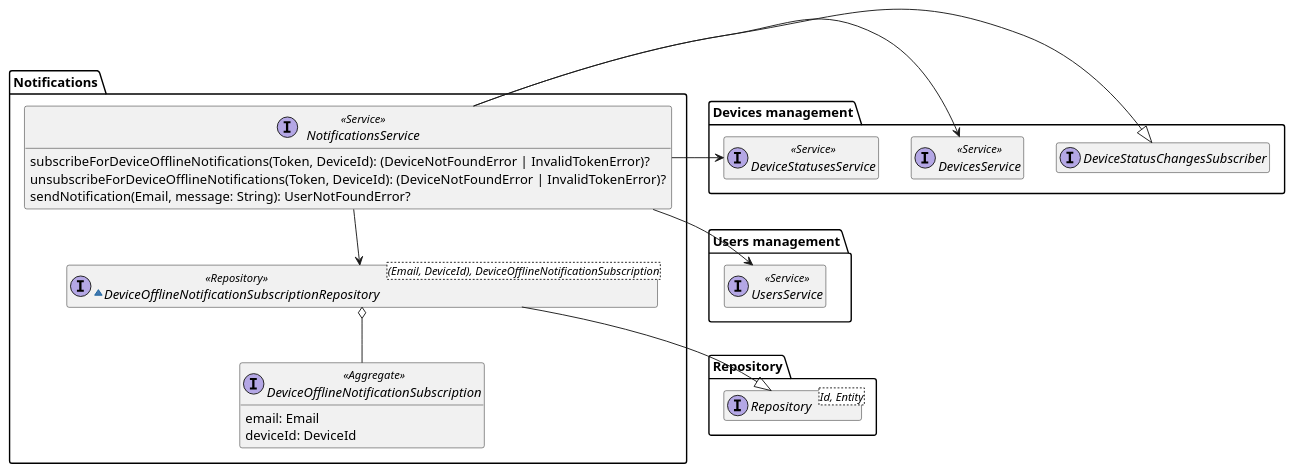
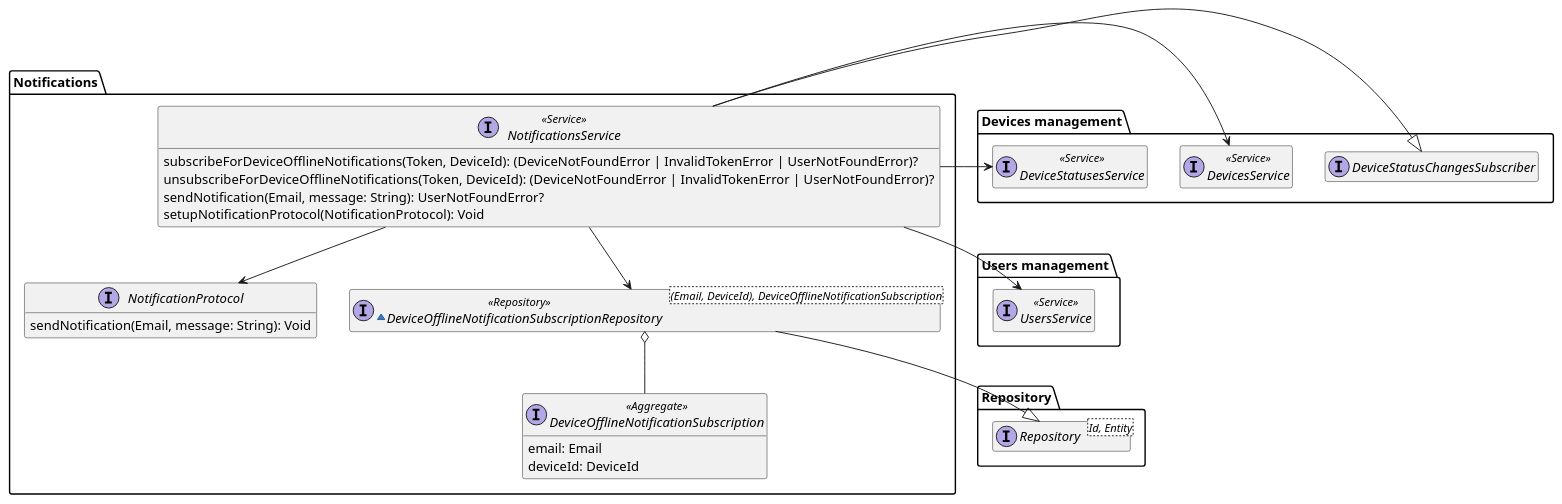
Before and after one commit to DomoticASW/.github: the diagram in diagrams/src/notifications-domain-model.puml, drawn with PlantUML. The commit also changed 1 other file, not shown here.

Commit message:
updated diagram

```diff
--- a/diagrams/src/notifications-domain-model.puml
+++ b/diagrams/src/notifications-domain-model.puml
@@ -1,42 +1,48 @@
 @startuml notifications-domain-model
 
 hide empty members
 package Repository{
     interface Repository<Id, Entity>
 }
 
 package "Users management" as UsersManagement {
     interface UsersService <<Service>>
 }
 
 package "Devices management" as DevicesManagement {
     interface DevicesService <<Service>>
     interface DeviceStatusesService <<Service>>
     interface DeviceStatusChangesSubscriber
 }
 
 package "Notifications" {
     interface NotificationsService <<Service>> {
-        subscribeForDeviceOfflineNotifications(Token, DeviceId): (DeviceNotFoundError | InvalidTokenError)?
-        unsubscribeForDeviceOfflineNotifications(Token, DeviceId): (DeviceNotFoundError | InvalidTokenError)?
+        subscribeForDeviceOfflineNotifications(Token, DeviceId): (DeviceNotFoundError | InvalidTokenError | UserNotFoundError)?
+        unsubscribeForDeviceOfflineNotifications(Token, DeviceId): (DeviceNotFoundError | InvalidTokenError | UserNotFoundError)?
         sendNotification(Email, message: String): UserNotFoundError?
+        setupNotificationProtocol(NotificationProtocol): Void
+    }
+
+    interface NotificationProtocol {
+        sendNotification(Email, message: String): Void
     }
 
     ~interface DeviceOfflineNotificationSubscriptionRepository<(Email, DeviceId), DeviceOfflineNotificationSubscription> <<Repository>> {
     }
 
     interface DeviceOfflineNotificationSubscription <<Aggregate>> {
         email: Email
         deviceId: DeviceId
     }
 
     NotificationsService --> DeviceOfflineNotificationSubscriptionRepository
     NotificationsService -r-|> DevicesManagement.DeviceStatusChangesSubscriber
     NotificationsService -r-> DevicesManagement.DevicesService
     NotificationsService -r-> DevicesManagement.DeviceStatusesService
     NotificationsService --> UsersManagement.UsersService
+    NotificationsService --> NotificationProtocol
     DeviceOfflineNotificationSubscriptionRepository --|> Repository.Repository
     DeviceOfflineNotificationSubscriptionRepository o-- DeviceOfflineNotificationSubscription
 }
 
 @enduml
```
